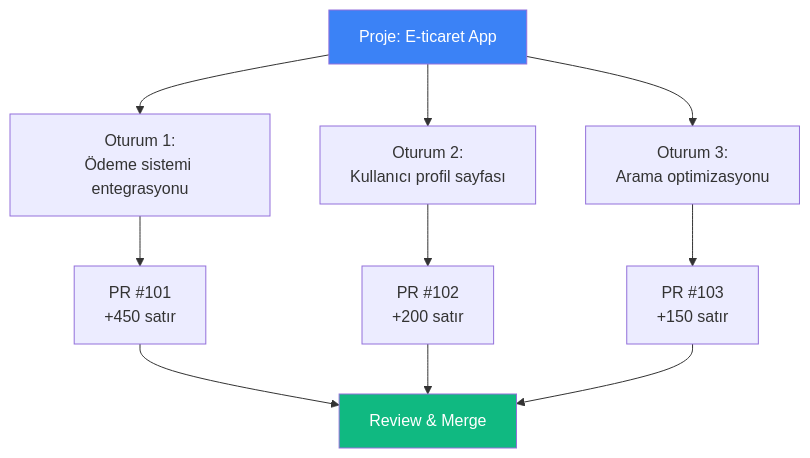
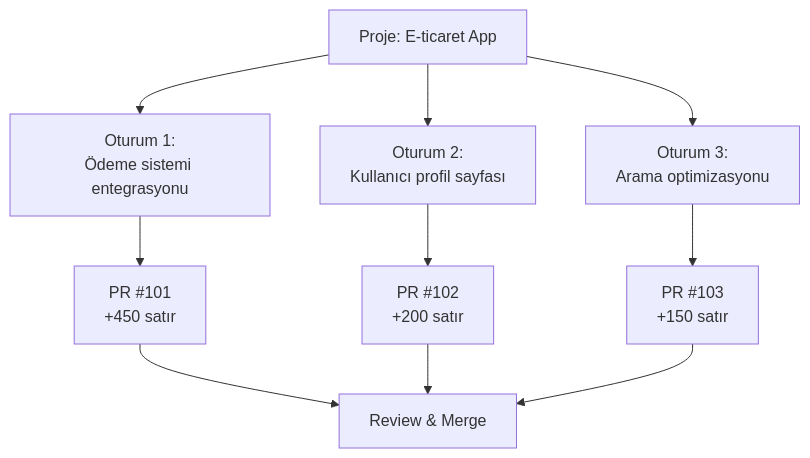
Before and after one commit to IzzetYasinAtes/ClaudeCodeHandbook: the eighth of 8 diagrams in 15-entegrasyonlar/04-masaustu-uygulamasi.md, drawn with Mermaid. The commit also changed other lines of this file and 97 other files, not shown here.

Commit message:
Remove all custom Mermaid style/fill colors from 98 markdown files for consistent dark theme rendering

````diff
--- a/15-entegrasyonlar/04-masaustu-uygulamasi.md
+++ b/15-entegrasyonlar/04-masaustu-uygulamasi.md
@@ -275,19 +261,17 @@
 ```mermaid
 flowchart TB
     START["Proje: E-ticaret App"]
     
     START --> S1["Oturum 1:<br/>Ödeme sistemi entegrasyonu"]
     START --> S2["Oturum 2:<br/>Kullanıcı profil sayfası"]
     START --> S3["Oturum 3:<br/>Arama optimizasyonu"]
 
     S1 --> PR1["PR #101<br/>+450 satır"]
     S2 --> PR2["PR #102<br/>+200 satır"]
     S3 --> PR3["PR #103<br/>+150 satır"]
 
     PR1 --> REV["Review & Merge"]
     PR2 --> REV
     PR3 --> REV
 
-    style START fill:#3B82F6,color:#fff
-    style REV fill:#10B981,color:#fff
 ```
````
